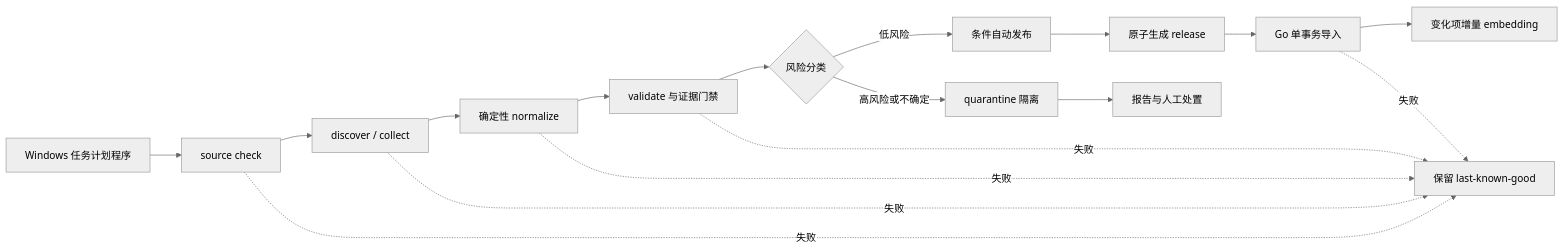
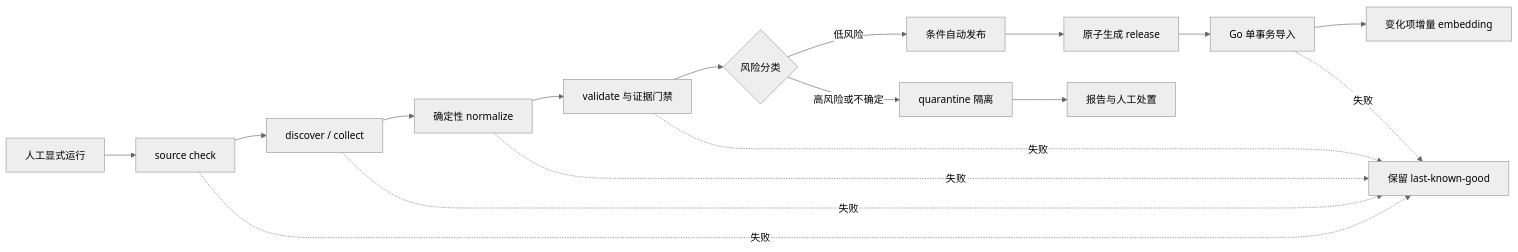
Before and after one commit to subaru-ye/pc-builder-agent: the diagram in docs/tech/数据获取与发布管道.md, drawn with Mermaid (neutral theme). The commit also changed other lines of this file and 22 other files, not shown here.

````diff
--- a/docs/tech/数据获取与发布管道.md
+++ b/docs/tech/数据获取与发布管道.md
@@ -39,19 +36,19 @@
 ```mermaid
 flowchart LR
-    A[Windows 任务计划程序] --> B[source check]
+    A[人工显式运行] --> B[source check]
     B --> C[discover / collect]
     C --> D[确定性 normalize]
     D --> E[validate 与证据门禁]
     E --> F{风险分类}
     F -->|低风险| G[条件自动发布]
     F -->|高风险或不确定| H[quarantine 隔离]
     G --> I[原子生成 release]
     I --> J[Go 单事务导入]
     J --> K[变化项增量 embedding]
     H --> L[报告与人工处置]
     B -.失败.-> M[保留 last-known-good]
     C -.失败.-> M
     D -.失败.-> M
     E -.失败.-> M
     J -.失败.-> M
 ```
````
